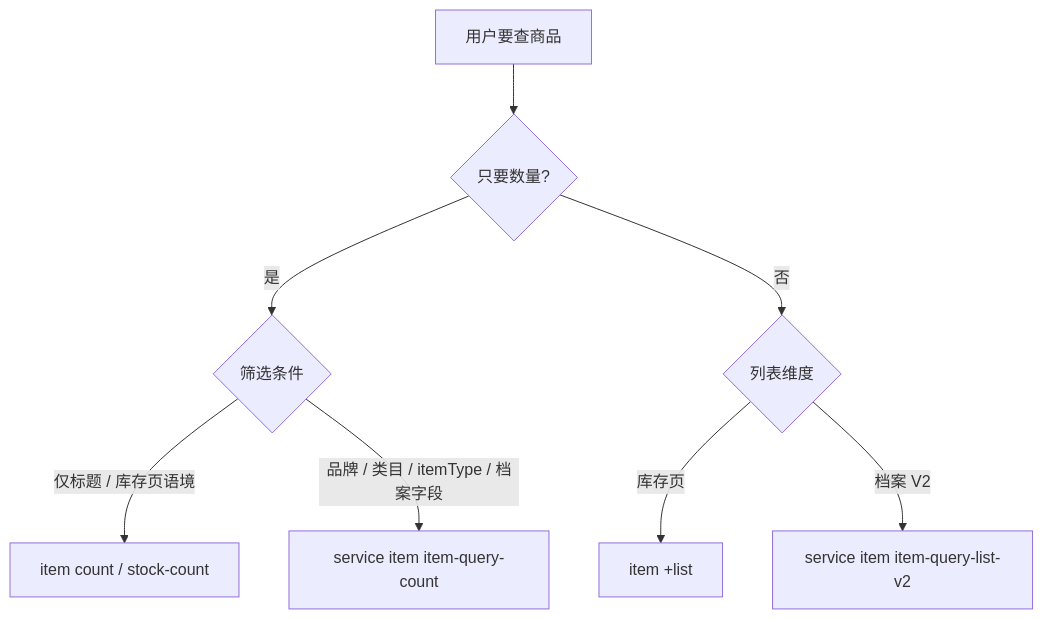
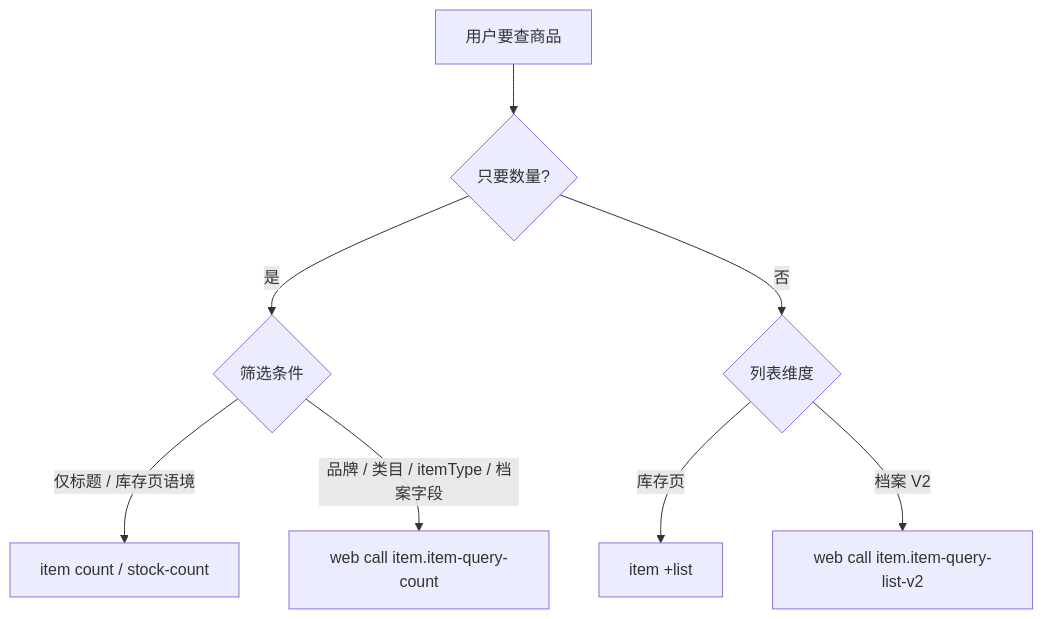
The diagram in skills/kuaimai-item/references/kuaimai-item-count-dimensions.md (kuaimai-cli/kuaimai-cli), drawn with Mermaid before and after one commit. The commit also changed other lines of this file and 68 other files, not shown here.

First line of the commit message:
feat: registry 远端同步、API 网关转发与 web call 统一调用

````diff
--- a/skills/kuaimai-item/references/kuaimai-item-count-dimensions.md
+++ b/skills/kuaimai-item/references/kuaimai-item-count-dimensions.md
@@ -21,11 +21,11 @@
 ```mermaid
 flowchart TD
   Q[用户要查商品]
   Q --> C{只要数量?}
   C -->|是| D{筛选条件}
   C -->|否| L{列表维度}
   D -->|仅标题 / 库存页语境| S[item count / stock-count]
-  D -->|品牌 / 类目 / itemType / 档案字段| A[service item item-query-count]
+  D -->|品牌 / 类目 / itemType / 档案字段| A[web call item.item-query-count]
   L -->|库存页| SL[item +list]
-  L -->|档案 V2| LV[service item item-query-list-v2]
+  L -->|档案 V2| LV[web call item.item-query-list-v2]
 ```
````
